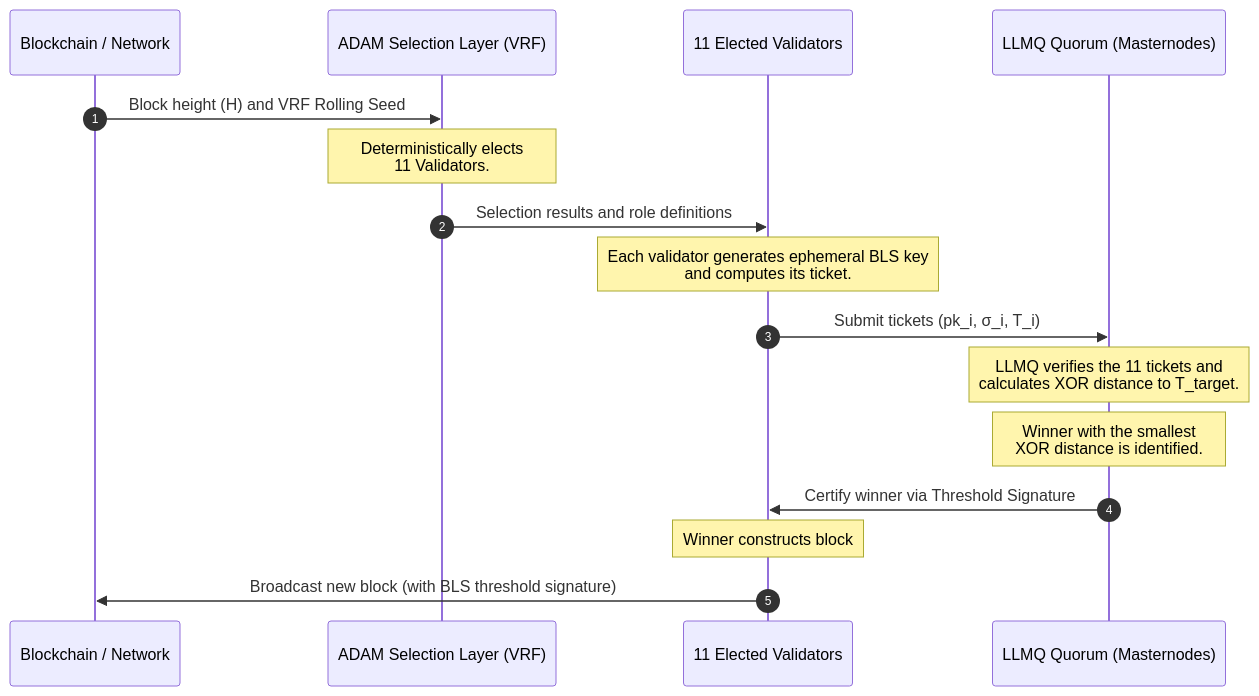
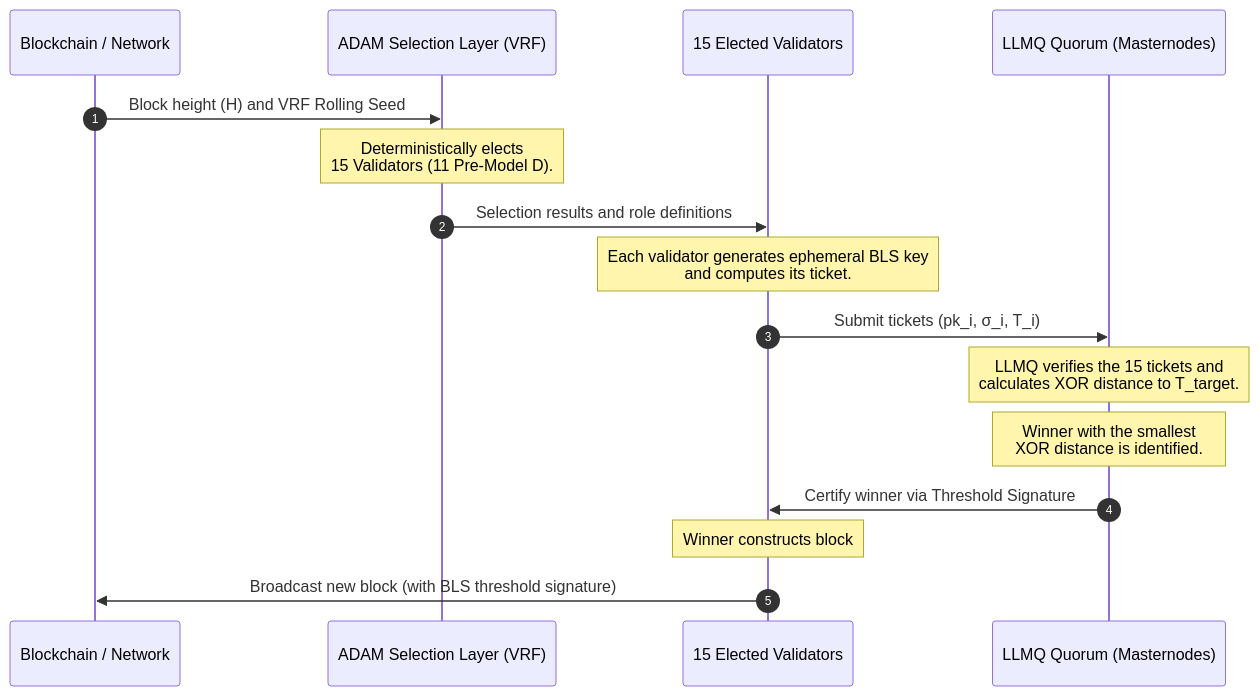
Before and after one commit to bedri/KristaTech-KRISTA: the diagram in doc/PoBLS_Consensus.md, drawn with Mermaid. The commit also changed other lines of this file and 55 other files, not shown here.

````diff
--- a/doc/PoBLS_Consensus.md
+++ b/doc/PoBLS_Consensus.md
@@ -106,22 +106,22 @@
 ```mermaid
 sequenceDiagram
     autonumber
     participant Network as Blockchain / Network
     participant ADAM as ADAM Selection Layer (VRF)
-    participant Validators as 11 Elected Validators
+    participant Validators as 15 Elected Validators
     participant LLMQ as LLMQ Quorum (Masternodes)
     
     Network->>ADAM: Block height (H) and VRF Rolling Seed
-    Note over ADAM: Deterministically elects<br/>11 Validators.
+    Note over ADAM: Deterministically elects<br/>15 Validators (11 Pre-Model D).
     ADAM->>Validators: Selection results and role definitions
     
     Note over Validators: Each validator generates ephemeral BLS key<br/>and computes its ticket.
     Validators->>LLMQ: Submit tickets (pk_i, σ_i, T_i)
     
-    Note over LLMQ: LLMQ verifies the 11 tickets and<br/>calculates XOR distance to T_target.
+    Note over LLMQ: LLMQ verifies the 15 tickets and<br/>calculates XOR distance to T_target.
     Note over LLMQ: Winner with the smallest<br/>XOR distance is identified.
     LLMQ->>Validators: Certify winner via Threshold Signature
     
     Note over Validators: Winner constructs block
     Validators->>Network: Broadcast new block (with BLS threshold signature)
 ```
````
